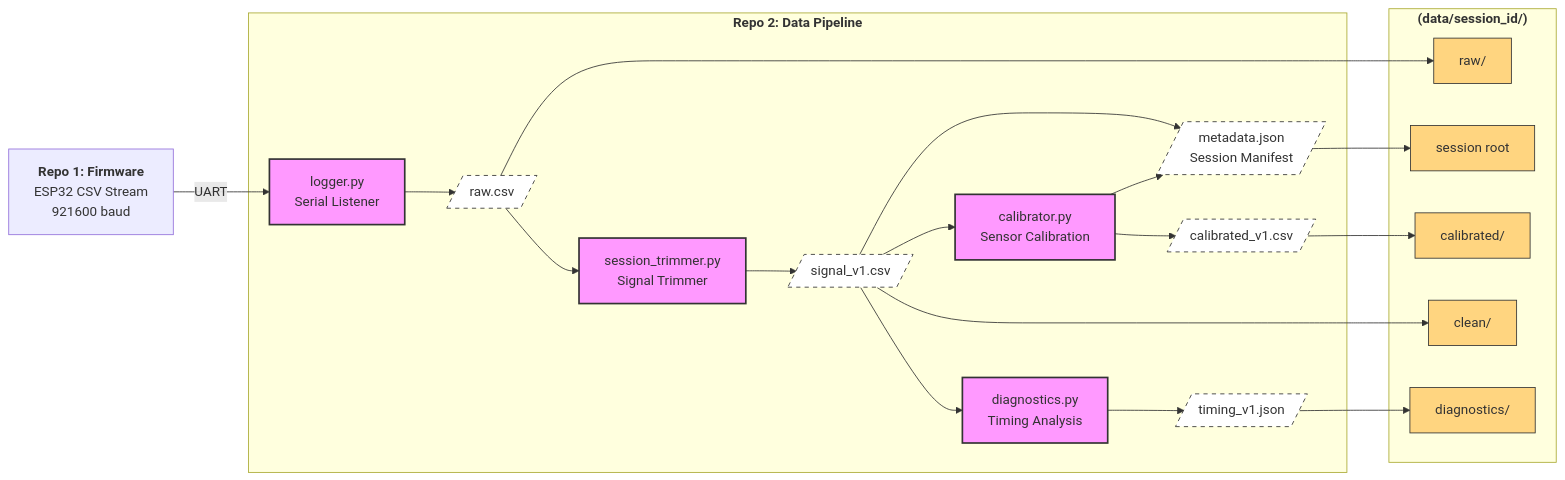
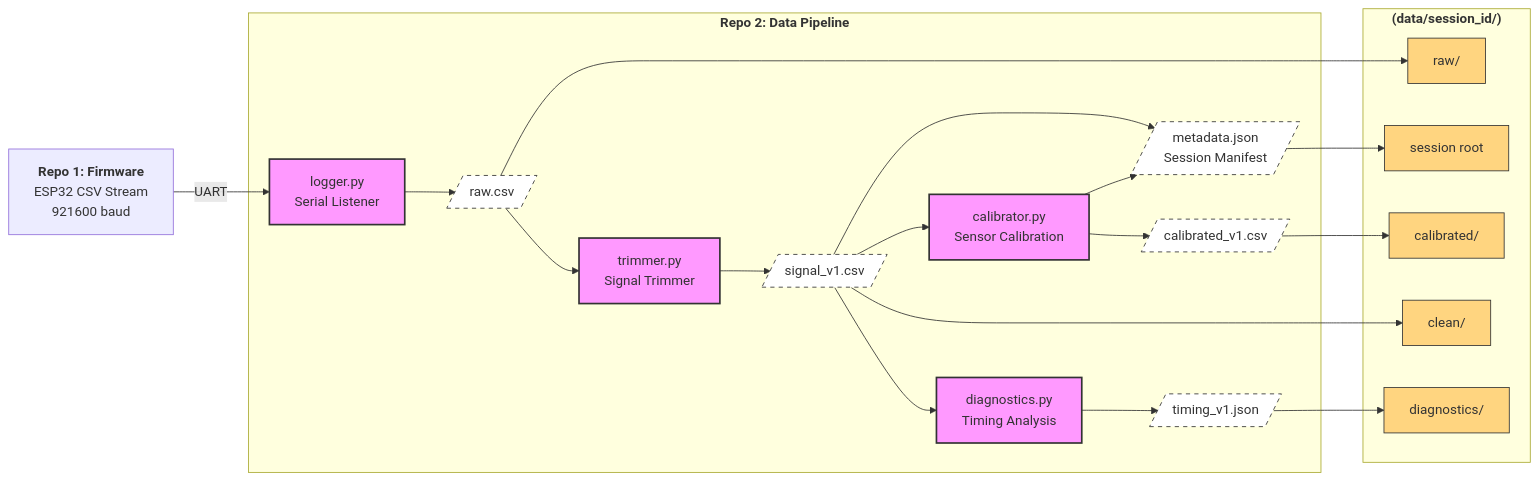
One commit to multi-sensor-navigation-system/data-pipeline changed the first of 3 diagrams in README.md. Above: the diagram before and after it, drawn with Mermaid. The commit also changed other lines of this file and 31 other files, not shown here.

````diff
--- a/README.md
+++ b/README.md
@@ -36,41 +36,41 @@
 ```mermaid
 graph LR
     %% Input from Repo 1
     FW["<b>Repo 1: Firmware</b><br/>ESP32 CSV Stream<br/>921600 baud"] -->|"UART"| LOG
 
     subgraph Pipeline["<b>Repo 2: Data Pipeline</b>"]
         LOG["logger.py<br/>Serial Listener"] --> RAW[/"raw.csv"/]
-        RAW --> TRIM["session_trimmer.py<br/>Signal Trimmer"]
+        RAW --> TRIM["trimmer.py<br/>Signal Trimmer"]
         
         TRIM --> CLN[/"signal_v1.csv"/]
 
         CAL --> CALB[/"calibrated_v1.csv"/]
         CLN --> META[/"metadata.json<br/>Session Manifest"/]
         CAL --> META
         CLN --> DIA["diagnostics.py<br/>Timing Analysis"]
         
         DIA --> DIAG_OUT[/"timing_v1.json"/]
         
         CLN --> CAL["calibrator.py<br/>Sensor Calibration"]
         
 
     end
 
     subgraph Data["<b>(data/session_id/)</b>"]
         RAW --> RAWDIR["raw/"]
         ROOT["session root"]
         CALB --> CALDIR["calibrated/"]
         CLN --> CLNDIR["clean/"]
         DIAG_OUT --> DIADIR["diagnostics/"]
     end
 
     META --> ROOT
 
     %% Styling
     classDef step fill:#f9f,stroke:#333,stroke-width:2px;
     classDef file fill:#fff,stroke:#333,stroke-dasharray: 5 5;
     classDef dir fill:#ffd580,stroke:#333,stroke-width:1px;
     class LOG,TRIM,DIA,CAL step;
     class RAW,CLN,DIAG_OUT,CALB,META file;
     class RAWDIR,CLNDIR,CALDIR,DIADIR,ROOT dir;
 ```
````
